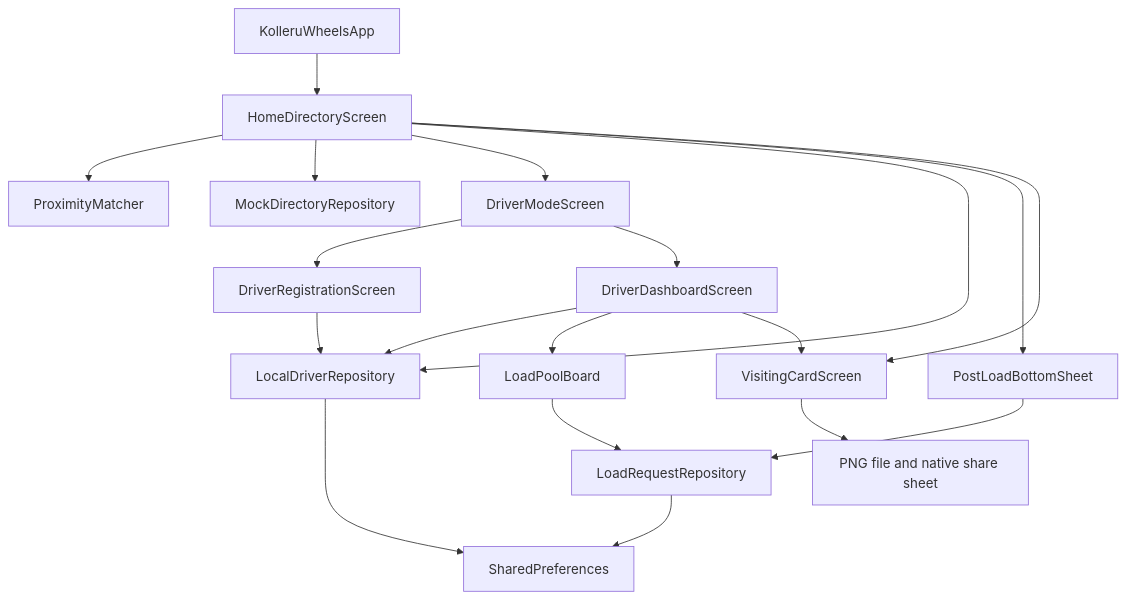
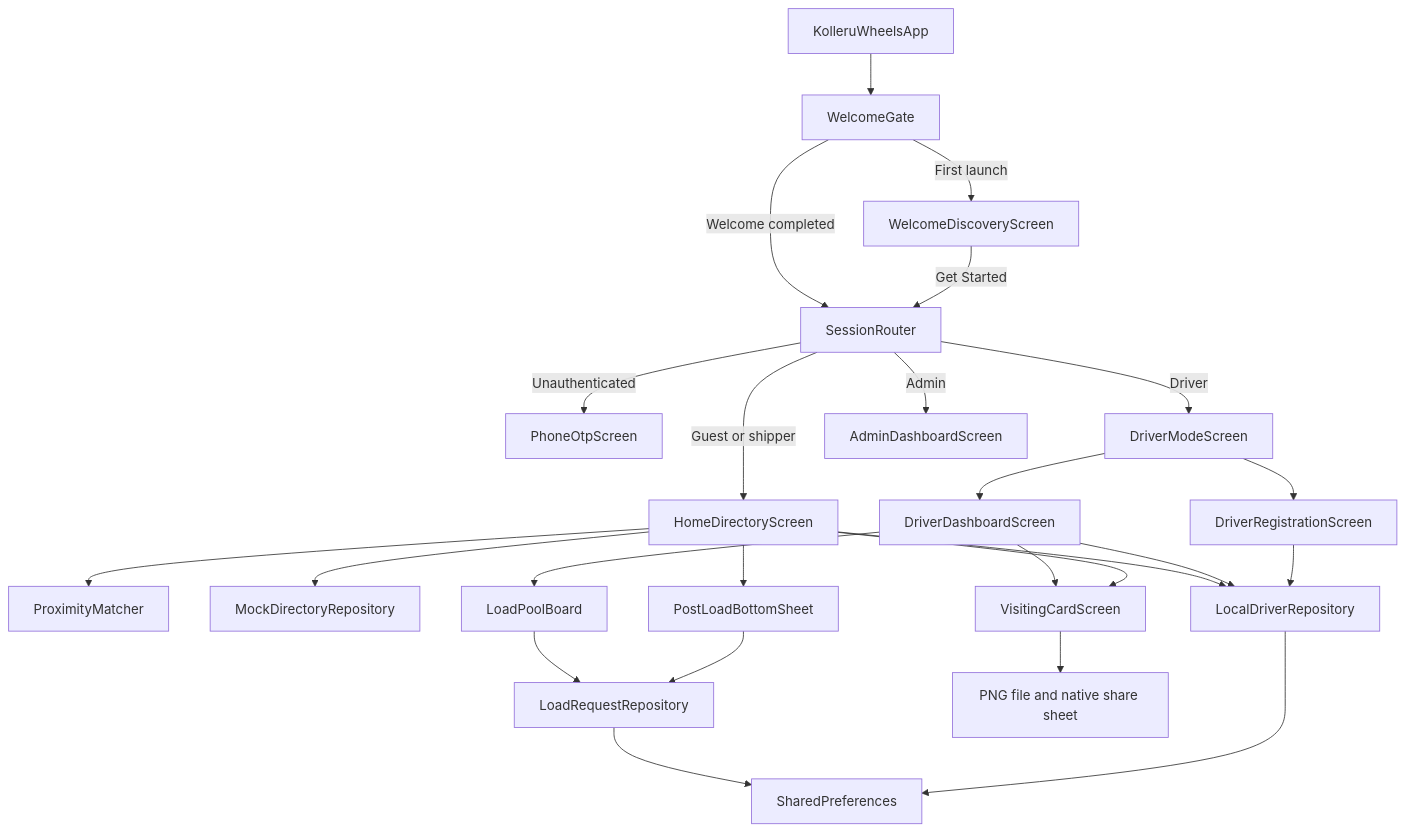
Before and after one commit to prasad-moru/kolleru-wheels: the diagram in ARCHITECTURE.md, drawn with Mermaid. The commit also changed other lines of this file and 29 other files, not shown here.

````diff
--- a/ARCHITECTURE.md
+++ b/ARCHITECTURE.md
@@ -67,21 +67,27 @@
 ```mermaid
 flowchart TD
-    App[KolleruWheelsApp] --> Home[HomeDirectoryScreen]
+    App[KolleruWheelsApp] --> Gate[WelcomeGate]
+    Gate -->|First launch| Welcome[WelcomeDiscoveryScreen]
+    Welcome -->|Get Started| Session[SessionRouter]
+    Gate -->|Welcome completed| Session
+    Session -->|Unauthenticated| Phone[PhoneOtpScreen]
+    Session -->|Guest or shipper| Home[HomeDirectoryScreen]
+    Session -->|Driver| Mode[DriverModeScreen]
+    Session -->|Admin| Admin[AdminDashboardScreen]
     Home --> Match[ProximityMatcher]
     Home --> Mock[MockDirectoryRepository]
-    Home --> Mode[DriverModeScreen]
     Mode --> Registration[DriverRegistrationScreen]
     Mode --> Dashboard[DriverDashboardScreen]
     Registration --> Profile[LocalDriverRepository]
     Dashboard --> Profile
     Home --> Profile
     Home --> Post[PostLoadBottomSheet]
     Post --> Loads[LoadRequestRepository]
     Dashboard --> Board[LoadPoolBoard]
     Board --> Loads
     Profile --> Preferences[SharedPreferences]
     Loads --> Preferences
     Home --> Card[VisitingCardScreen]
     Dashboard --> Card
     Card --> Export[PNG file and native share sheet]
 ```
````
